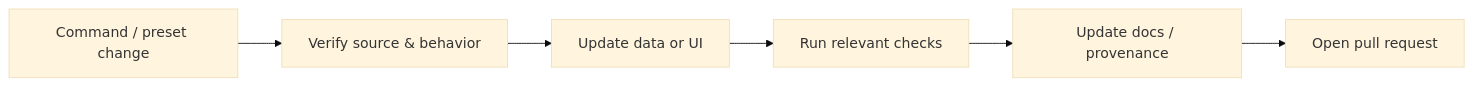
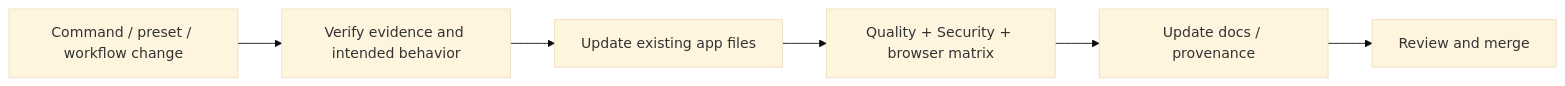
The third of 3 diagrams in README.md (Nischhalsubba/BindForge-NW), drawn with Mermaid (base theme) before and after one commit. The commit also changed other lines of this file, not shown here.

````diff
--- a/README.md
+++ b/README.md
@@ -89,8 +105,8 @@
 ```mermaid
 flowchart LR
-    DATA["Command / preset change"] --> VERIFY["Verify source & behavior"]
-    VERIFY --> IMPLEMENT["Update data or UI"]
-    IMPLEMENT --> TEST["Run relevant checks"]
+    DATA["Command / preset / workflow change"] --> VERIFY["Verify evidence and intended behavior"]
+    VERIFY --> IMPLEMENT["Update existing app files"]
+    IMPLEMENT --> TEST["Quality + Security + browser matrix"]
     TEST --> DOCS["Update docs / provenance"]
-    DOCS --> PR["Open pull request"]
+    DOCS --> PR["Review and merge"]
 ```
````
